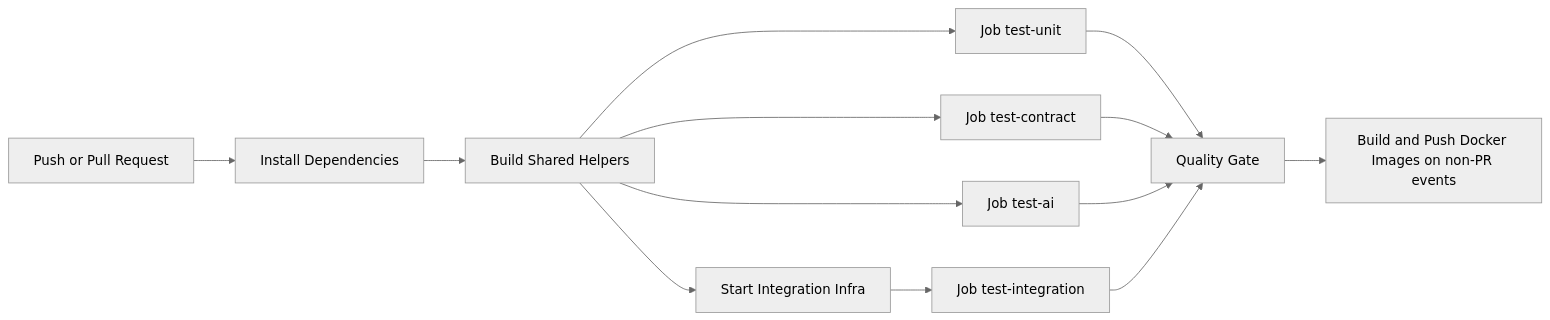
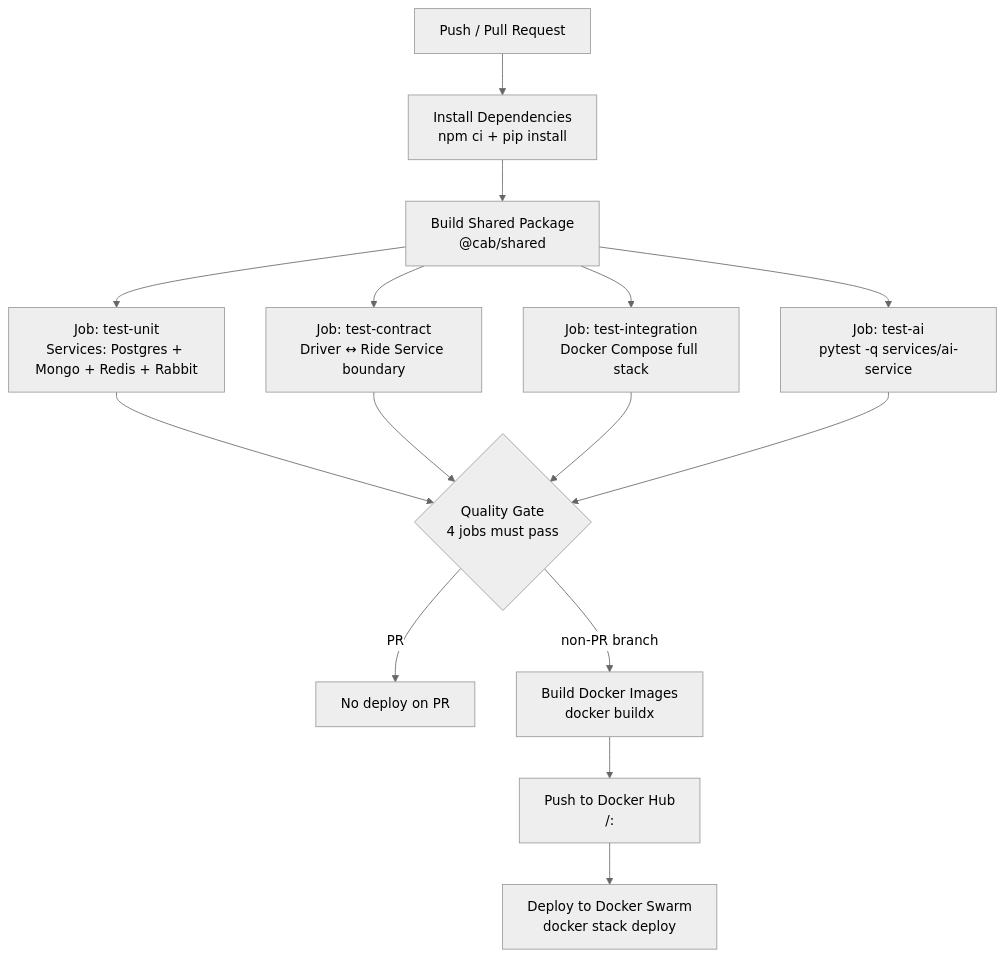
Before and after one commit to foxxiee04/Cab-Booking-System-Project: diagram 13 of 13 in README.md, drawn with Mermaid (neutral theme). The commit also changed other lines of this file and 97 other files, not shown here.

````diff
--- a/README.md
+++ b/README.md
@@ -598,15 +1092,17 @@
 ```mermaid
-flowchart LR
-    Start[Push or Pull Request] --> Install[Install Dependencies]
-    Install --> Shared[Build Shared Helpers]
-    Shared --> Unit[Job test-unit]
-    Shared --> Contract[Job test-contract]
-    Shared --> AI[Job test-ai]
-    Shared --> Infra[Start Integration Infra]
-    Infra --> Integration[Job test-integration]
-    Unit --> Gate[Quality Gate]
-    Contract --> Gate
-    AI --> Gate
-    Integration --> Gate
-    Gate --> Push[Build and Push Docker Images on non-PR events]
+flowchart TD
+    Push[Push / Pull Request] --> Install[Install Dependencies\nnpm ci + pip install]
+    Install --> Shared[Build Shared Package\n@cab/shared]
+
+    Shared --> Unit[Job: test-unit\nServices: Postgres + Mongo + Redis + Rabbit]
+    Shared --> Contract[Job: test-contract\nDriver ↔ Ride Service boundary]
+    Shared --> Integration[Job: test-integration\nDocker Compose full stack]
+    Shared --> AI[Job: test-ai\npytest -q services/ai-service]
+
+    Unit & Contract & Integration & AI --> Gate{Quality Gate\n4 jobs must pass}
+
+    Gate -->|PR| Stop[No deploy on PR]
+    Gate -->|non-PR branch| Build[Build Docker Images\ndocker buildx]
+    Build --> Push2[Push to Docker Hub\n<registry>/<service>:<sha>]
+    Push2 --> Deploy[Deploy to Docker Swarm\ndocker stack deploy]
 ```
````
